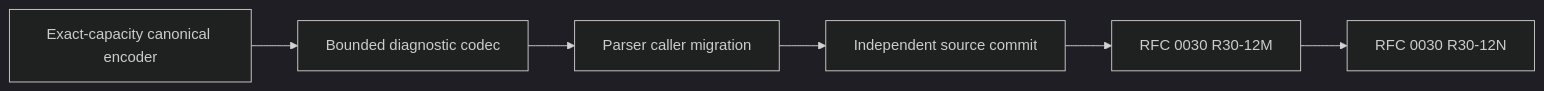
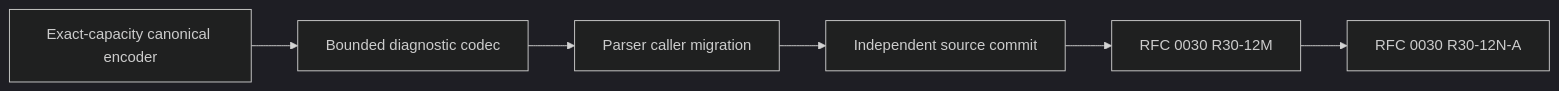
Before and after one commit to Zzzode/ZOM: the diagram in docs/rfc/0036-bounded-diagnostic-fact-codec-closure.md, drawn with Mermaid (dark theme). The commit also changed other lines of this file and 4 other files, not shown here.

````diff
--- a/docs/rfc/0036-bounded-diagnostic-fact-codec-closure.md
+++ b/docs/rfc/0036-bounded-diagnostic-fact-codec-closure.md
@@ -127,8 +127,8 @@
 ```mermaid
 flowchart LR
     E["Exact-capacity canonical encoder"] --> D1["Bounded diagnostic codec"]
     D1 --> D2["Parser caller migration"]
     D2 --> D3["Independent source commit"]
     D3 --> M["RFC 0030 R30-12M"]
-    M --> N["RFC 0030 R30-12N"]
+    M --> N["RFC 0030 R30-12N-A"]
 ```
````
